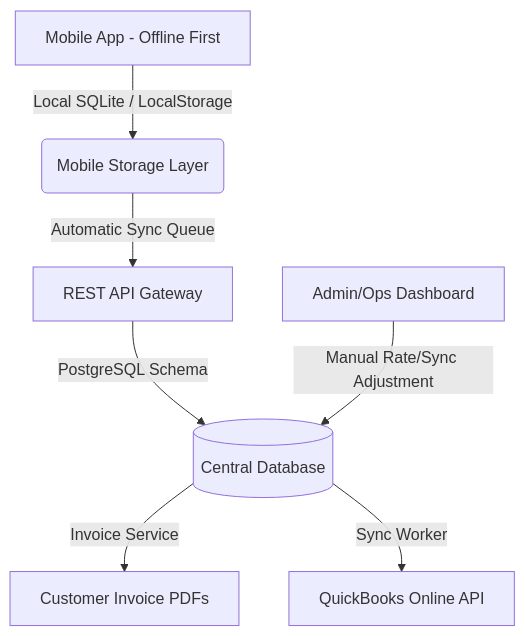
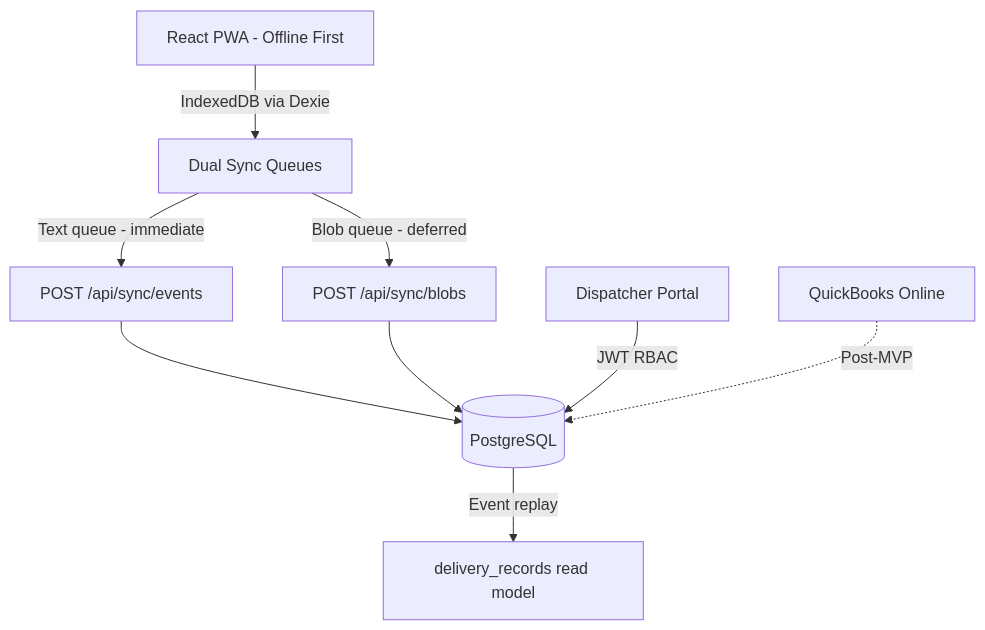
One commit to shawnmckenzie11/iaw-saas changed the diagram in README.md. Above: the diagram before and after it, drawn with Mermaid. The commit also changed other lines of this file and 36 other files, not shown here.

First line of the commit message:
feat(v1.0.0): final pre-MVP — full driver/dispatch PWA ready for production deploy

````diff
--- a/README.md
+++ b/README.md
@@ -9,9 +9,11 @@
 ```mermaid
 graph TD
-    A[Mobile App - Offline First] -->|Local SQLite / LocalStorage| B(Mobile Storage Layer)
-    B -->|Automatic Sync Queue| C[REST API Gateway]
-    C -->|PostgreSQL Schema| D[(Central Database)]
-    D -->|Invoice Service| E[Customer Invoice PDFs]
-    D -->|Sync Worker| F[QuickBooks Online API]
-    G[Admin/Ops Dashboard] -->|Manual Rate/Sync Adjustment| D
+    A[React PWA - Offline First] -->|IndexedDB via Dexie| B[Dual Sync Queues]
+    B -->|Text queue - immediate| C[POST /api/sync/events]
+    B -->|Blob queue - deferred| D[POST /api/sync/blobs]
+    C --> E[(PostgreSQL)]
+    D --> E
+    E -->|Event replay| F[delivery_records read model]
+    G[Dispatcher Portal] -->|JWT RBAC| E
+    H[QuickBooks Online] -.->|Post-MVP| E
 ```
````
